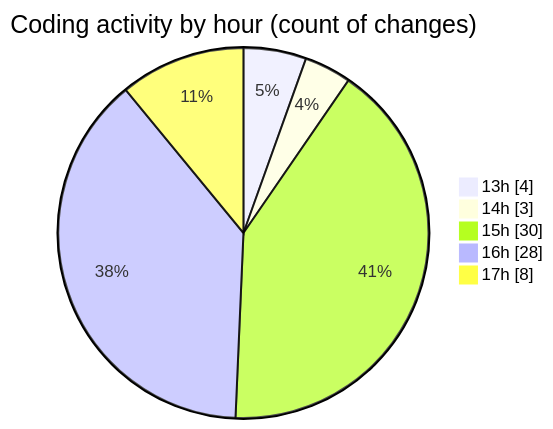
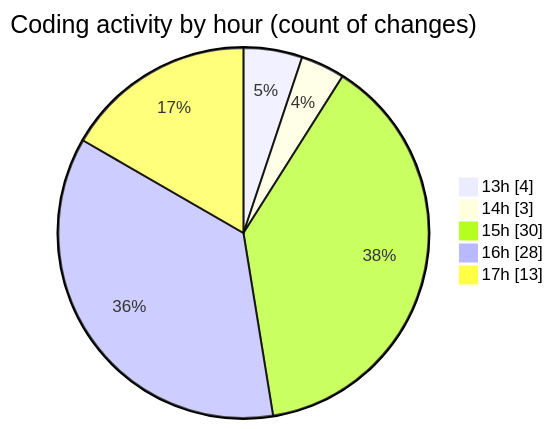
Before and after one commit to EIIisD/code-tracking: the second of 2 diagrams in 2025-08-11/ribbon/README.md, drawn with Mermaid. The commit also changed other lines of this file and 1 other file, not shown here.

````diff
--- a/2025-08-11/ribbon/README.md
+++ b/2025-08-11/ribbon/README.md
@@ -49,9 +50,9 @@
 ```mermaid
 pie showData
 title Coding activity by hour (count of changes)
 "13h" : 4
 "14h" : 3
 "15h" : 30
 "16h" : 28
-"17h" : 8
+"17h" : 13
 ```
````
